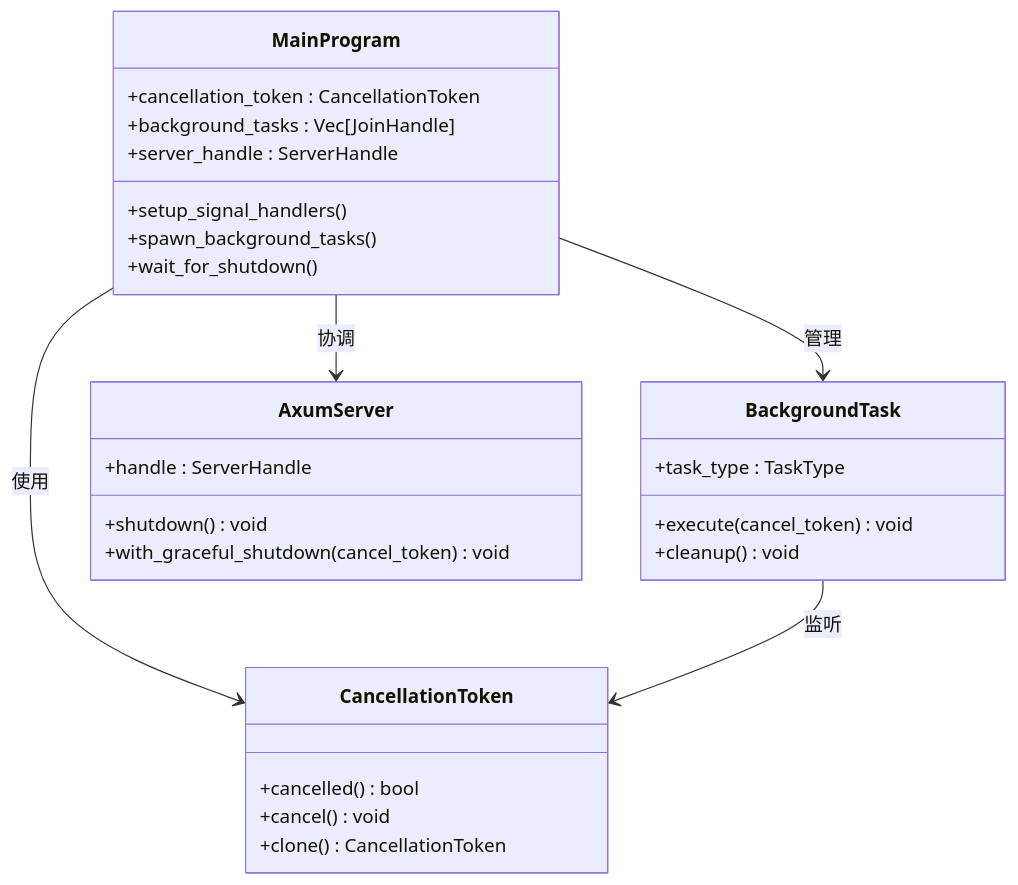
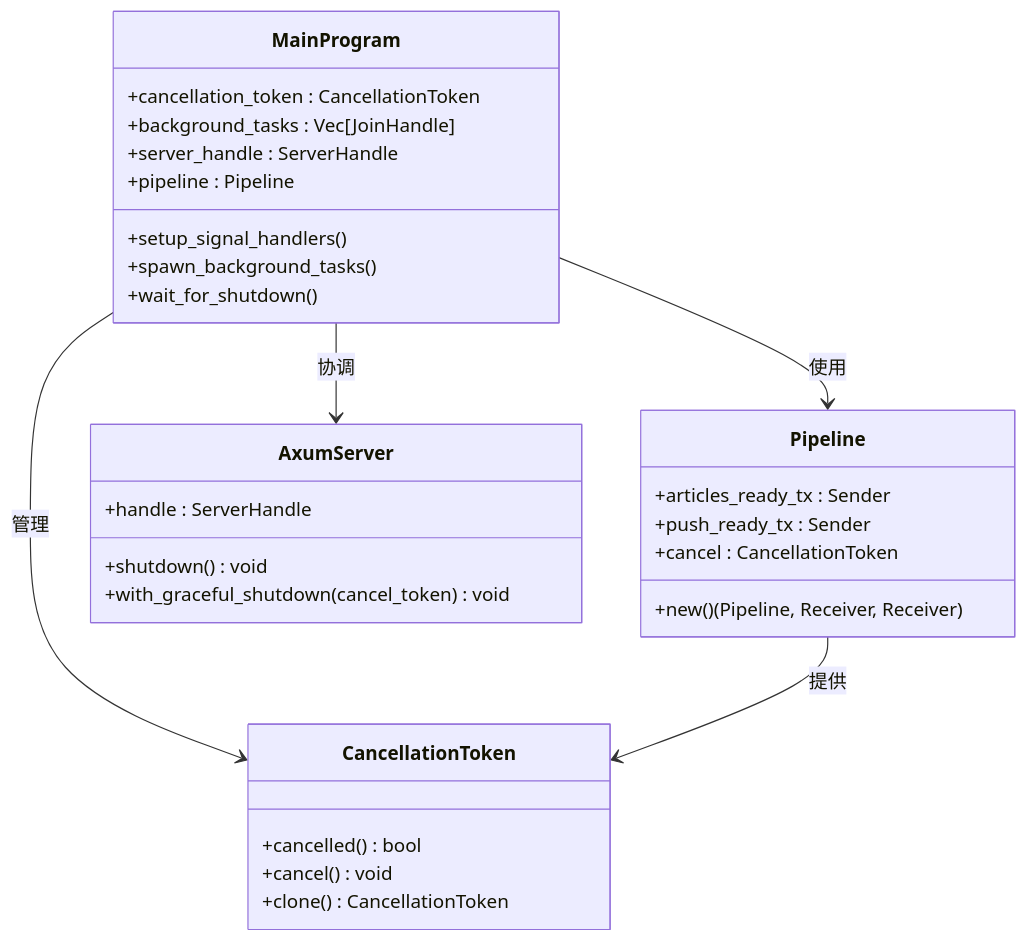
One commit to leimu-hue/AI-Trend-Tool changed the third of 7 diagrams in .qoder/repowiki/zh/content/核心模块详解/优雅停机机制.md. Above: the diagram before and after it, drawn with Mermaid. The commit also changed other lines of this file and 22 other files, not shown here.

````diff
--- a/.qoder/repowiki/zh/content/核心模块详解/优雅停机机制.md
+++ b/.qoder/repowiki/zh/content/核心模块详解/优雅停机机制.md
@@ -130,30 +152,32 @@
 ```mermaid
 classDiagram
 class MainProgram {
 +cancellation_token : CancellationToken
 +background_tasks : Vec[JoinHandle]
 +server_handle : ServerHandle
++pipeline : Pipeline
 +setup_signal_handlers()
 +spawn_background_tasks()
 +wait_for_shutdown()
+}
+class Pipeline {
++articles_ready_tx : Sender
++push_ready_tx : Sender
++cancel : CancellationToken
++new() (Pipeline, Receiver, Receiver)
 }
 class CancellationToken {
 +cancelled() bool
 +cancel() void
 +clone() CancellationToken
 }
-class BackgroundTask {
-+task_type : TaskType
-+execute(cancel_token) void
-+cleanup() void
-}
 class AxumServer {
 +handle : ServerHandle
 +shutdown() void
 +with_graceful_shutdown(cancel_token) void
 }
-MainProgram --> CancellationToken : 使用
-MainProgram --> BackgroundTask : 管理
+MainProgram --> Pipeline : 使用
+MainProgram --> CancellationToken : 管理
 MainProgram --> AxumServer : 协调
-BackgroundTask --> CancellationToken : 监听
+Pipeline --> CancellationToken : 提供
 ```
````
